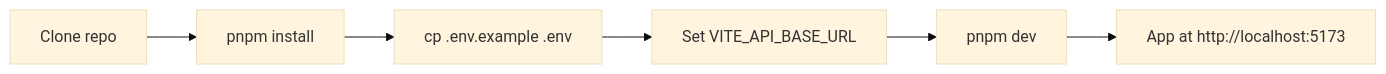
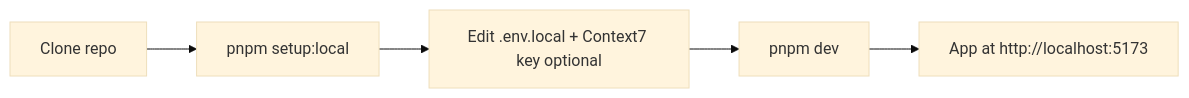
Before and after one commit to nikunjmavani/core-fe: the diagram in docs/getting-started/setup.md, drawn with Mermaid (base theme). The commit also changed other lines of this file and 61 other files, not shown here.

````diff
--- a/docs/getting-started/setup.md
+++ b/docs/getting-started/setup.md
@@ -5,8 +5,7 @@
 ```mermaid
 flowchart LR
-  A[Clone repo] --> B[pnpm install]
-  B --> C[cp .env.example .env]
-  C --> D[Set VITE_API_BASE_URL]
-  D --> E[pnpm dev]
-  E --> F["App at http://localhost:5173"]
+  A[Clone repo] --> B[pnpm setup:local]
+  B --> C[Edit .env.local + Context7 key optional]
+  C --> D[pnpm dev]
+  D --> E["App at http://localhost:5173"]
 ```
````
